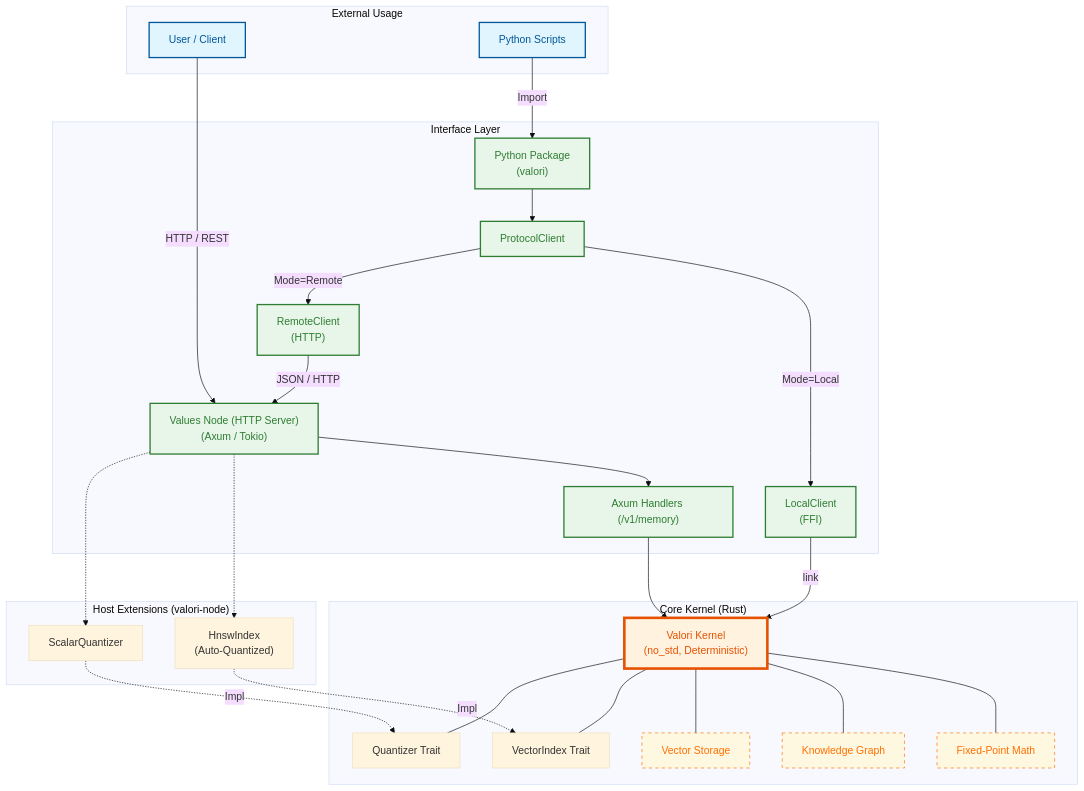
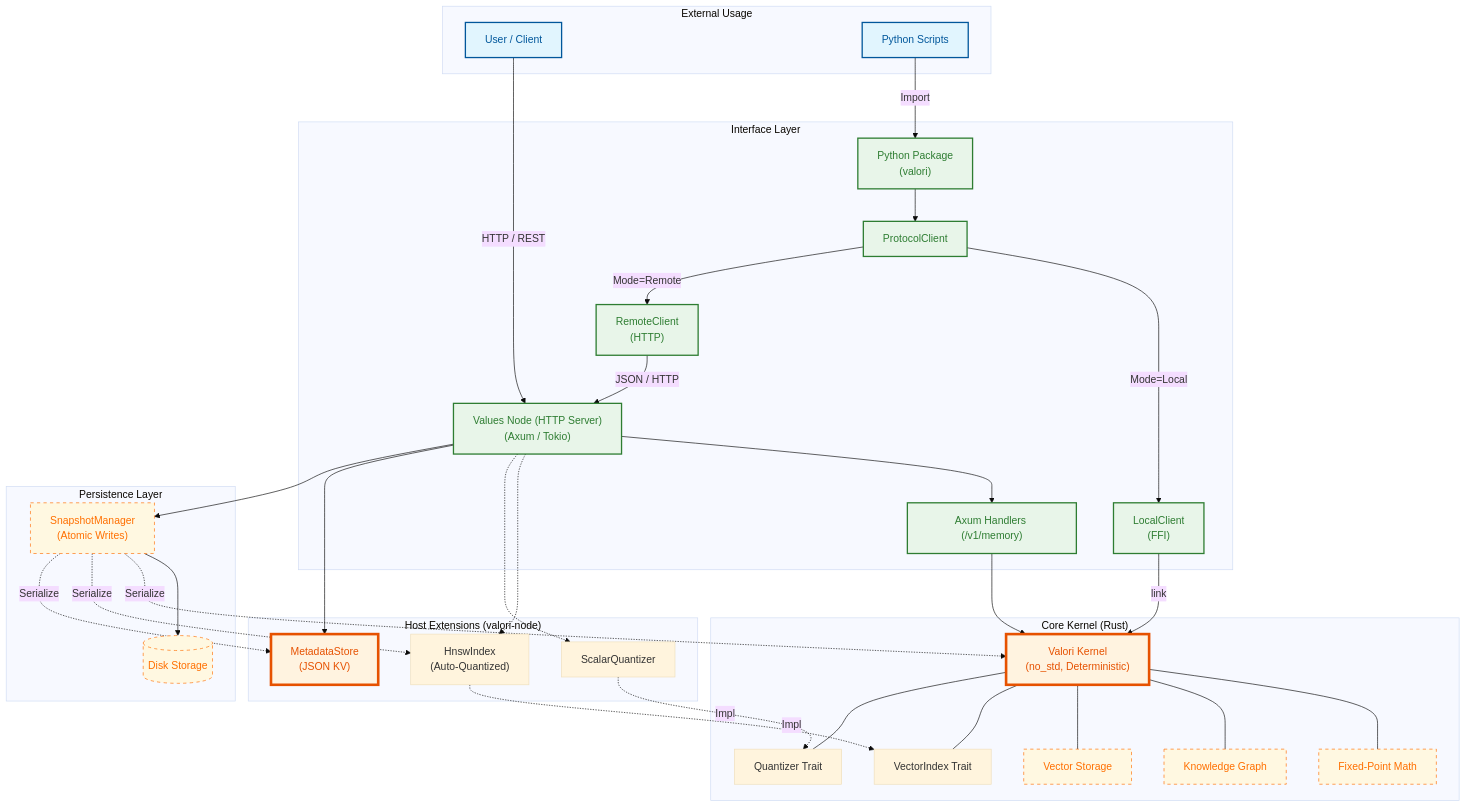
Before and after one commit to varshith-Git/Valori-Kernel: the diagram in architecture.md, drawn with Mermaid (base theme). The commit also changed 10 other files, not shown here.

````diff
--- a/architecture.md
+++ b/architecture.md
@@ -46,6 +46,12 @@
     subgraph Extensions["Host Extensions (valori-node)"]
         HNSW["HnswIndex<br/>(Auto-Quantized)"]
         ScalarQ["ScalarQuantizer"]
+        MetaStore["MetadataStore<br/>(JSON KV)"]
+    end
+
+    subgraph Persistence["Persistence Layer"]
+        SnapMgr["SnapshotManager<br/>(Atomic Writes)"]
+        Disk[(Disk Storage)]
     end
 
     %% Relationships
@@ -70,6 +76,13 @@
     HNSW -.->|Impl| IndexTrait
     NodeService -.-> ScalarQ
     ScalarQ -.->|Impl| QuantTrait
+    NodeService --> MetaStore
+    
+    NodeService --> SnapMgr
+    SnapMgr --> Disk
+    SnapMgr -.->|Serialize| Kernel
+    SnapMgr -.->|Serialize| HNSW
+    SnapMgr -.->|Serialize| MetaStore
     
     Kernel --- IndexTrait
     Kernel --- QuantTrait
@@ -77,6 +90,7 @@
     %% Apply Classes
     class User,PyScript external;
     class NodeService,PythonPkg,Protocol,Local,Remote,VMP_API interface;
-    class Kernel core;
+    class Kernel,MetaStore core;
     class FXP,Graph,Vector internal;
+    class SnapMgr,Disk internal;
 ```
````
